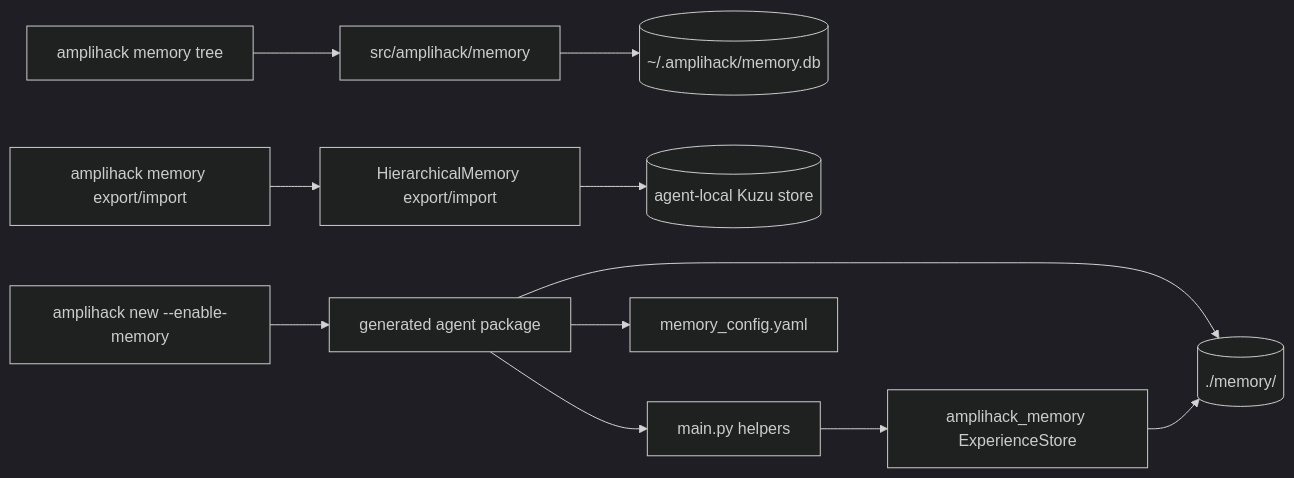
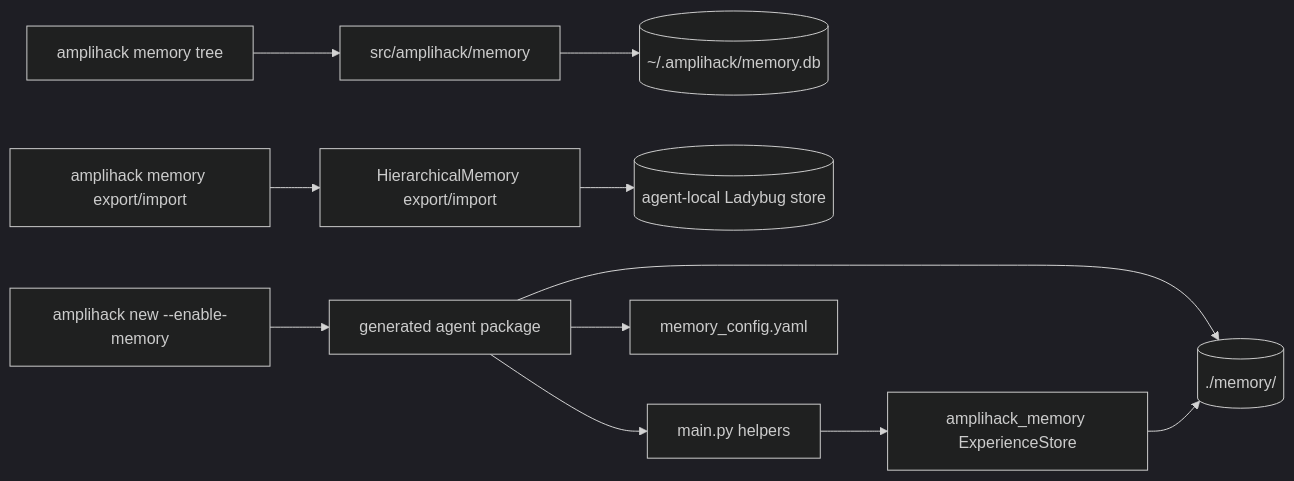
The diagram in docs/concepts/memory-enabled-agents-architecture.md (rysweet/amplihack), drawn with Mermaid (dark theme) before and after one commit. The commit also changed other lines of this file and 2 other files, not shown here.

First line of the commit message:
docs: update memory docs and nav for KuzuDB→LadybugDB migration

````diff
--- a/docs/concepts/memory-enabled-agents-architecture.md
+++ b/docs/concepts/memory-enabled-agents-architecture.md
@@ -78,15 +78,15 @@
 ```mermaid
 flowchart LR
     CLI[amplihack memory tree] --> RepoMemory[src/amplihack/memory]
     RepoMemory --> SQLite[(~/.amplihack/memory.db)]
 
     Transfer[amplihack memory export/import] --> AgentStore[HierarchicalMemory export/import]
-    AgentStore --> AgentKuzu[(agent-local Kuzu store)]
+    AgentStore --> AgentLadybug[(agent-local Ladybug store)]
 
     Generator[amplihack new --enable-memory] --> Package[generated agent package]
     Package --> MainPy[main.py helpers]
     Package --> Config[memory_config.yaml]
     Package --> AgentMemory[(./memory/)]
     MainPy --> ExperienceStore[amplihack_memory ExperienceStore]
     ExperienceStore --> AgentMemory
 ```
````
